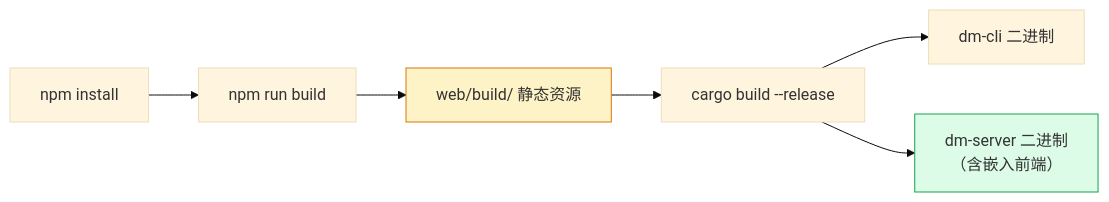
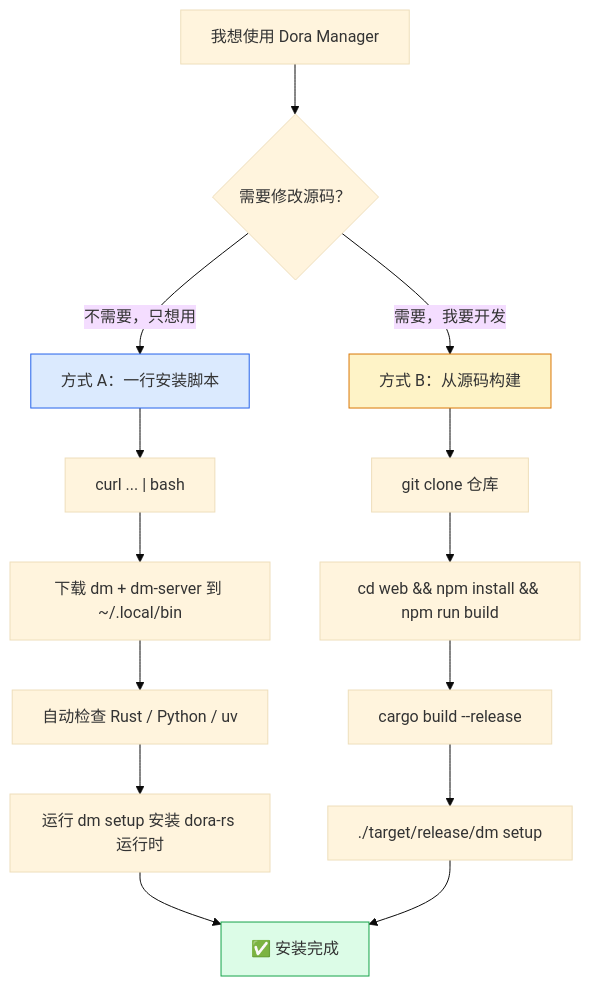
The first of 3 diagrams in wiki/zh/02-quickstart.md (l1veIn/dora-manager), drawn with Mermaid (base theme) before and after one commit. The commit also changed other lines of this file and 99 other files, not shown here.

````diff
--- a/wiki/zh/02-quickstart.md
+++ b/wiki/zh/02-quickstart.md
@@ -46,11 +11,22 @@
 ```mermaid
-flowchart LR
-    A["npm install"] --> B["npm run build"]
-    B --> C["web/build/ 静态资源"]
-    C --> D["cargo build --release"]
-    D --> E["dm-cli 二进制"]
-    D --> F["dm-server 二进制\n（含嵌入前端）"]
+flowchart TD
+    Start["我想使用 Dora Manager"] --> Q1{"需要修改源码？"}
+    Q1 -- "不需要，只想用" --> A["方式 A：一行安装脚本"]
+    Q1 -- "需要，我要开发" --> B["方式 B：从源码构建"]
 
-    style C fill:#fef3c7,stroke:#d97706
-    style F fill:#dcfce7,stroke:#16a34a
+    A --> A1["curl ... | bash"]
+    A1 --> A2["下载 dm + dm-server 到 ~/.local/bin"]
+    A2 --> A3["自动检查 Rust / Python / uv"]
+    A3 --> A4["运行 dm setup 安装 dora-rs 运行时"]
+    A4 --> Done["✅ 安装完成"]
+
+    B --> B1["git clone 仓库"]
+    B1 --> B2["cd web && npm install && npm run build"]
+    B2 --> B3["cargo build --release"]
+    B3 --> B4["./target/release/dm setup"]
+    B4 --> Done
+
+    style A fill:#dbeafe,stroke:#2563eb
+    style B fill:#fef3c7,stroke:#d97706
+    style Done fill:#dcfce7,stroke:#16a34a
 ```
````
